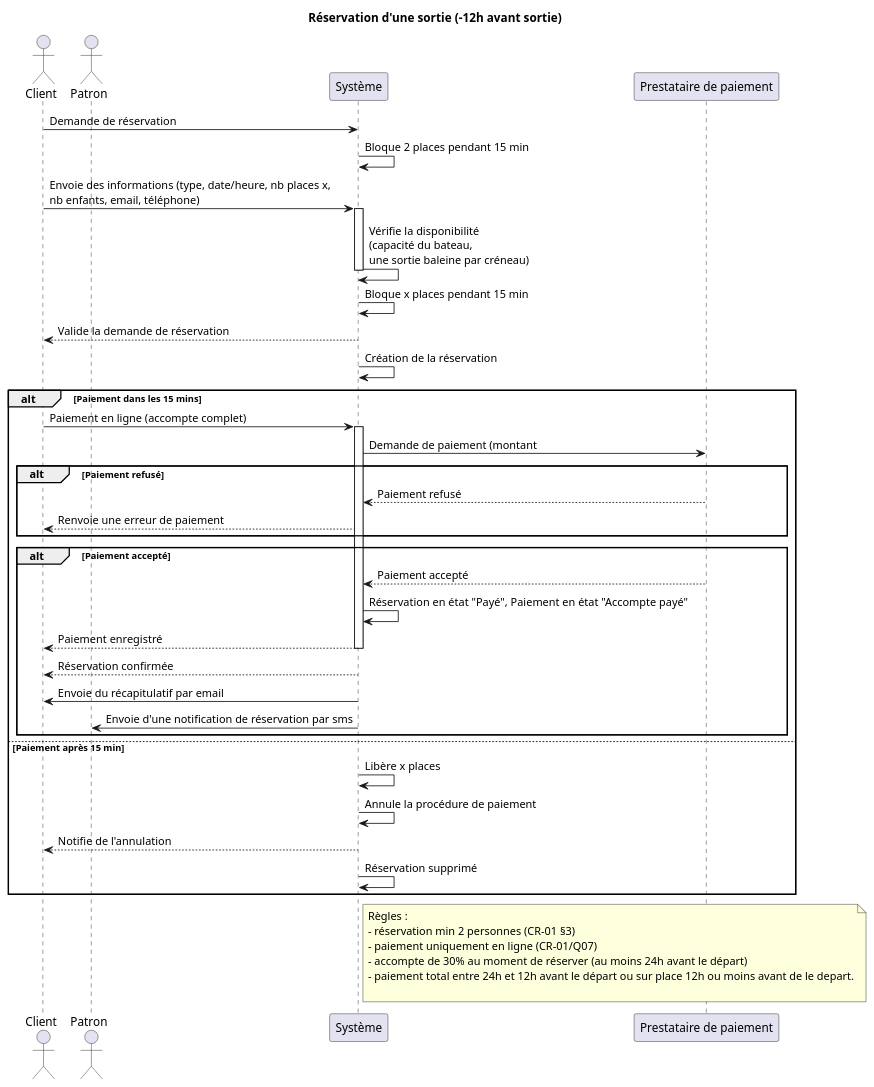
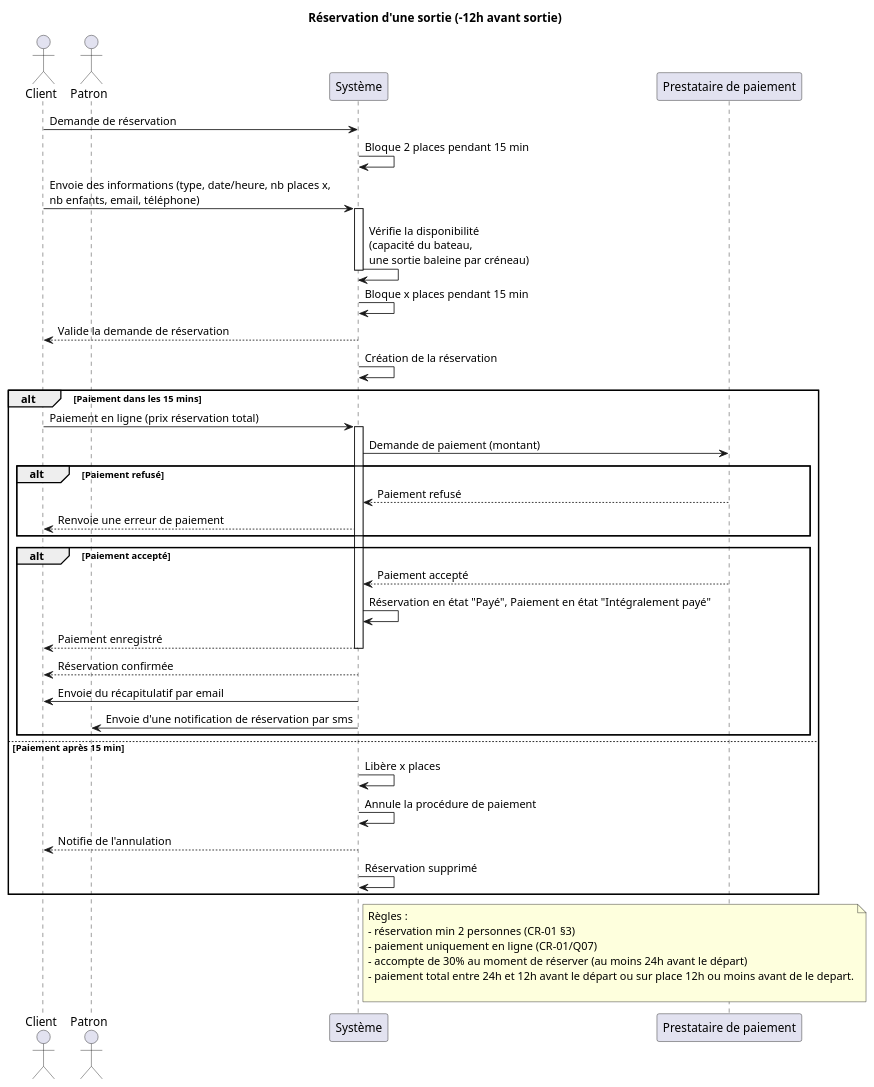
Before and after one commit to MichelSimonin/Tibaleine: the diagram in docs/uml/sequences/v3/revervation12h.puml, drawn with PlantUML. The commit also changed 2 other files, not shown here.

Commit message:
Fix diagramme classe

```diff
--- a/docs/uml/sequences/v3/revervation12h.puml
+++ b/docs/uml/sequences/v3/revervation12h.puml
@@ -1,73 +1,73 @@
 @startuml
 ' ----------------------------------------------------------------------------
 ' Diagramme de séquence — Réservation d'une sortie
 ' Source : Cahier des charges V2 §4 (Règles métier / Réservation), CR-01/Q01,
 '          CR-01/Q03, CR-01/Q06, CR-01 §3, CR-02 §1
 ' ----------------------------------------------------------------------------
 
 title Réservation d'une sortie (-12h avant sortie)
 
 actor "Client" as Client
 actor "Patron" as Patron
 participant "Système" as Systeme
 participant "Prestataire de paiement" as Paiement
 
 
 
 Client -> Systeme : Demande de réservation
 Systeme -> Systeme : Bloque 2 places pendant 15 min
 
 Client -> Systeme : Envoie des informations (type, date/heure, nb places x,\nnb enfants, email, téléphone)
 activate Systeme
 
 Systeme -> Systeme : Vérifie la disponibilité\n(capacité du bateau,\nune sortie baleine par créneau)
 deactivate Systeme
 Systeme -> Systeme : Bloque x places pendant 15 min
 
 Systeme --> Client : Valide la demande de réservation
 Systeme -> Systeme: Création de la réservation
 
 
 alt Paiement dans les 15 mins
-Client -> Systeme : Paiement en ligne (accompte complet)
+Client -> Systeme : Paiement en ligne (prix réservation total)
 activate Systeme
-Systeme -> Paiement : Demande de paiement (montant
+Systeme -> Paiement : Demande de paiement (montant)
 
 
 alt Paiement refusé
 Paiement --> Systeme : Paiement refusé
 Systeme --> Client : Renvoie une erreur de paiement
 end 
 
 
 alt Paiement accepté
 Paiement --> Systeme : Paiement accepté
-Systeme -> Systeme : Réservation en état "Payé", Paiement en état "Accompte payé"
+Systeme -> Systeme : Réservation en état "Payé", Paiement en état "Intégralement payé"
 Systeme --> Client : Paiement enregistré
 deactivate Systeme
 
 Systeme --> Client : Réservation confirmée
 Systeme -> Client: Envoie du récapitulatif par email
 Systeme -> Patron: Envoie d'une notification de réservation par sms
 end
 else Paiement après 15 min
 Systeme -> Systeme : Libère x places
 Systeme -> Systeme : Annule la procédure de paiement
 Systeme --> Client : Notifie de l'annulation
 Systeme -> Systeme: Réservation supprimé
 
 end
 
 
 
 
 note right of Systeme
   Règles :
   - réservation min 2 personnes (CR-01 §3)
   - paiement uniquement en ligne (CR-01/Q07)
   - accompte de 30% au moment de réserver (au moins 24h avant le départ)
   - paiement total entre 24h et 12h avant le départ ou sur place 12h ou moins avant de le depart.
 
 end note
 
 @enduml
```
